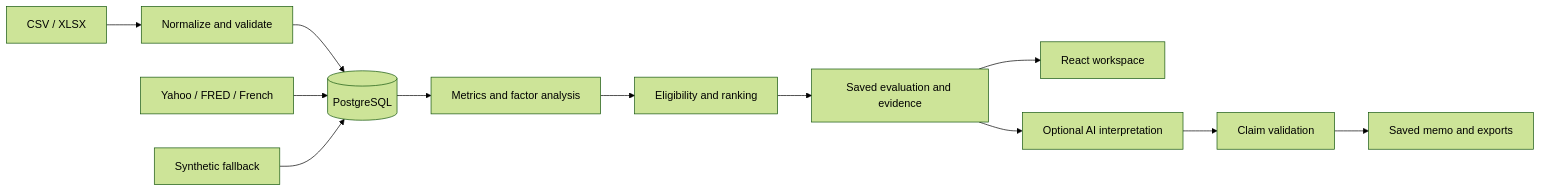
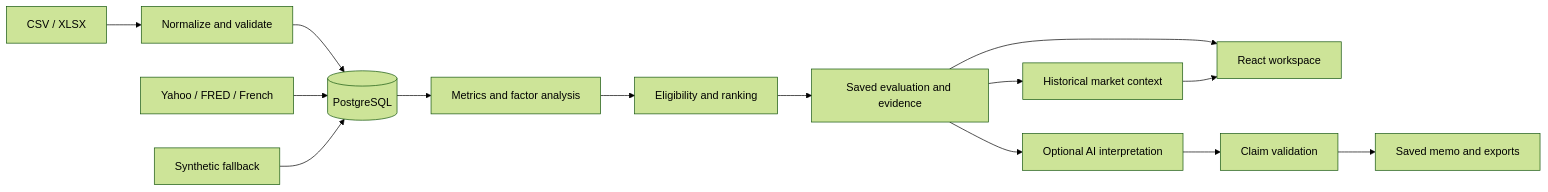
Before and after one commit to abhishekreddy1206/allocator-ic-copilot: the diagram in ARCHITECTURE.md, drawn with Mermaid (forest theme). The commit also changed other lines of this file and 3 other files, not shown here.

Commit message:
Update concise docs for market trends workflow

````diff
--- a/ARCHITECTURE.md
+++ b/ARCHITECTURE.md
@@ -5,14 +5,16 @@
 ```mermaid
 flowchart LR
     Upload[CSV / XLSX] --> Validate[Normalize and validate]
     Validate --> DB[(PostgreSQL)]
     Market[Yahoo / FRED / French] --> DB
     Fixtures[Synthetic fallback] --> DB
     DB --> Analytics[Metrics and factor analysis]
     Analytics --> Criteria[Eligibility and ranking]
     Criteria --> Evidence[Saved evaluation and evidence]
     Evidence --> UI[React workspace]
+    Evidence --> Trends[Historical market context]
+    Trends --> UI
     Evidence --> AI[Optional AI interpretation]
     AI --> Checks[Claim validation]
     Checks --> Memo[Saved memo and exports]
 ```
````
